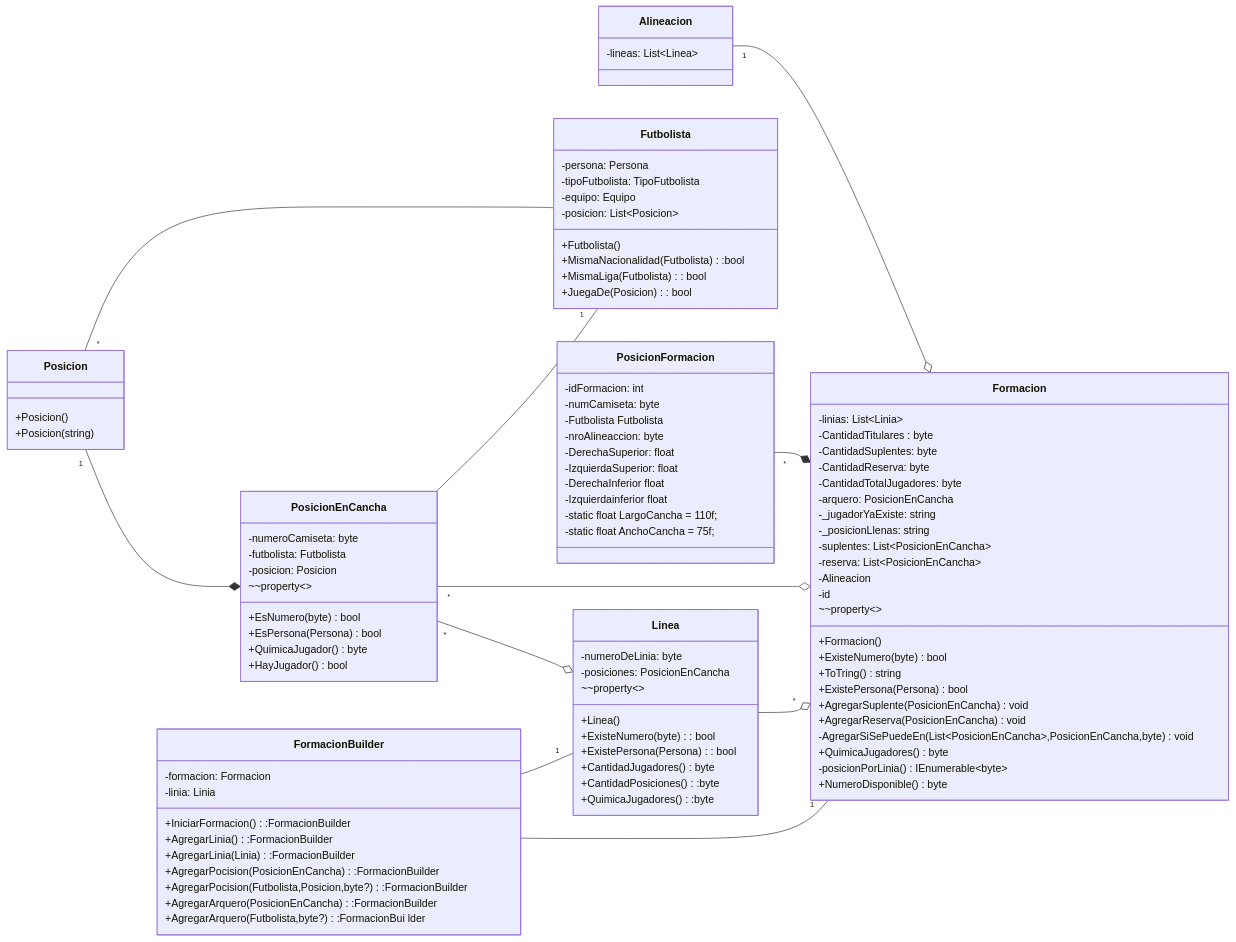
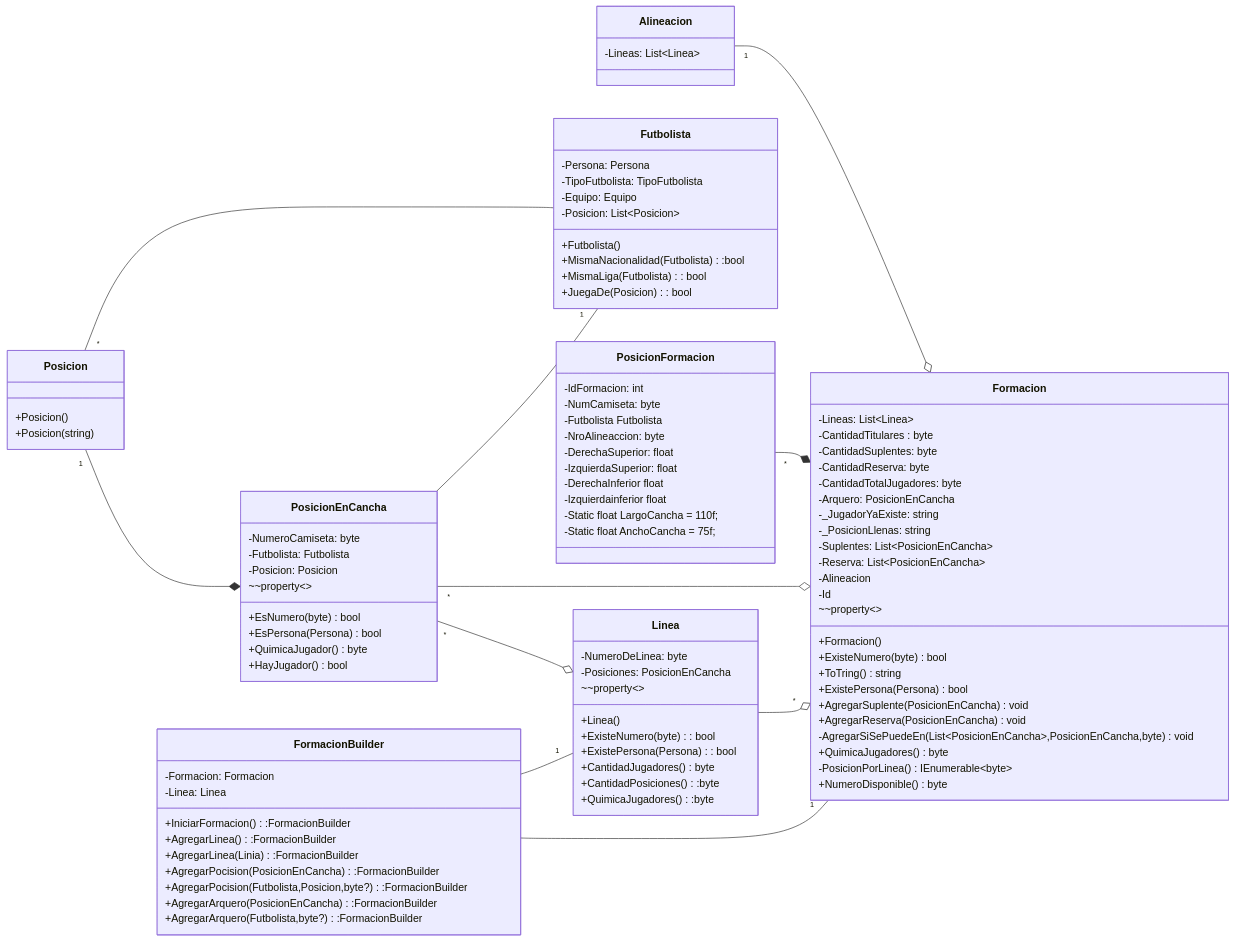
One commit to josesinio/Fulbo12 changed the diagram in src/Fulbo12.Core/Formacion/README.md. Above: the diagram before and after it, drawn with Mermaid.

Commit message:
UPDATE READ

```diff
--- a/src/Fulbo12.Core/Formacion/README.md
+++ b/src/Fulbo12.Core/Formacion/README.md
@@ -5,15 +5,15 @@
     direction LR
 
       class FormacionBuilder{
-        -formacion: Formacion
-        -linia: Linia
+        -Formacion: Formacion
+        -Linea: Linea
         +IniciarFormacion() :FormacionBuilder
-        +AgregarLinia() :FormacionBuilder
-        +AgregarLinia(Linia) :FormacionBuilder
+        +AgregarLinea() :FormacionBuilder
+        +AgregarLinea(Linia) :FormacionBuilder
         +AgregarPocision(PosicionEnCancha) :FormacionBuilder
         +AgregarPocision(Futbolista,Posicion,byte?) :FormacionBuilder
         +AgregarArquero(PosicionEnCancha) :FormacionBuilder
-        +AgregarArquero(Futbolista,byte?) :FormacionBui lder
+        +AgregarArquero(Futbolista,byte?) :FormacionBuilder
       }
 
         FormacionBuilder --"1" Formacion
@@ -29,18 +29,18 @@
 
 
       class Formacion{
-        -linias: List~Linia~
+        -Lineas: List~Linea~
         -CantidadTitulares : byte
         -CantidadSuplentes: byte
         -CantidadReserva: byte
         -CantidadTotalJugadores: byte
-        -arquero: PosicionEnCancha
-        -_jugadorYaExiste: string 
-        -_posicionLlenas: string 
-        -suplentes: List~PosicionEnCancha~
-        -reserva: List~PosicionEnCancha~
+        -Arquero: PosicionEnCancha
+        -_JugadorYaExiste: string 
+        -_PosicionLlenas: string 
+        -Suplentes: List~PosicionEnCancha~
+        -Reserva: List~PosicionEnCancha~
         -Alineacion
-        -id
+        -Id
         +Formacion()
         +ExisteNumero(byte) bool
         +ToTring() string
@@ -50,13 +50,13 @@
         -AgregarSiSePuedeEn(List~PosicionEnCancha~,PosicionEnCancha,byte) void
         ~~property~~
         +QuimicaJugadores() byte
-        -posicionPorLinia() IEnumerable~byte~
+        -PosicionPorLinea() IEnumerable~byte~
         +NumeroDisponible() byte
       }
 
       class Linea{
-        -numeroDeLinia: byte
-        -posiciones: PosicionEnCancha
+        -NumeroDeLinea: byte
+        -Posiciones: PosicionEnCancha
         +Linea()
         +ExisteNumero(byte): bool
         +ExistePersona(Persona): bool
@@ -72,9 +72,9 @@
       }
 
       class PosicionEnCancha{
-        -numeroCamiseta: byte
-        -futbolista: Futbolista
-        -posicion: Posicion
+        -NumeroCamiseta: byte
+        -Futbolista: Futbolista
+        -Posicion: Posicion
         +EsNumero(byte) bool
         +EsPersona(Persona) bool
         ~~property~~
@@ -82,10 +82,10 @@
         +HayJugador() bool
       }
       class Futbolista{
-        -persona: Persona
-        -tipoFutbolista: TipoFutbolista
-        -equipo: Equipo
-        -posicion: List~Posicion~
+        -Persona: Persona
+        -TipoFutbolista: TipoFutbolista
+        -Equipo: Equipo
+        -Posicion: List~Posicion~
         +Futbolista()
         +MismaNacionalidad(Futbolista):bool
         +MismaLiga(Futbolista): bool
@@ -93,21 +93,21 @@
        }
 
       class Alineacion{
-      -lineas: List~Linea~
+      -Lineas: List~Linea~
 
       }
 
       class PosicionFormacion{
-      -idFormacion: int
-      -numCamiseta: byte
+      -IdFormacion: int
+      -NumCamiseta: byte
       -Futbolista Futbolista 
-      -nroAlineaccion: byte
+      -NroAlineaccion: byte
       -DerechaSuperior: float 
       -IzquierdaSuperior: float 
       -DerechaInferior float
       -Izquierdainferior float 
-      -static  float LargoCancha = 110f;
-      -static  float AnchoCancha = 75f;
+      -Static  float LargoCancha = 110f;
+      -Static  float AnchoCancha = 75f;
       
 
 
```
